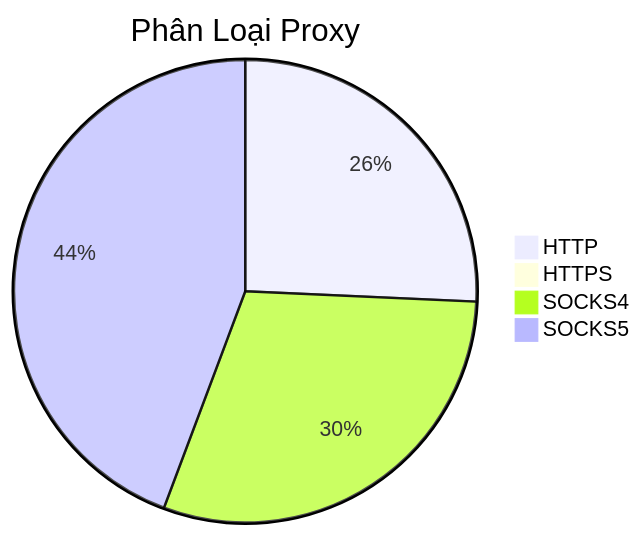
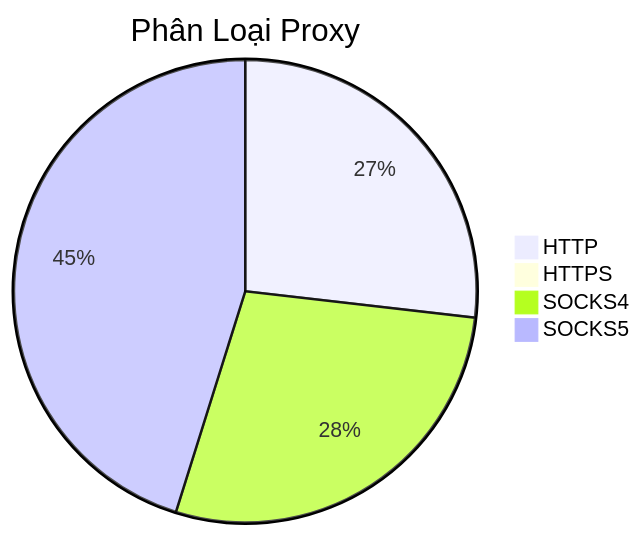
The diagram in README.md (Ciara-Aa/PROXY-free), drawn with Mermaid before and after one commit. The commit also changed other lines of this file and 4 other files, not shown here.

````diff
--- a/README.md
+++ b/README.md
@@ -26,7 +26,7 @@
 ```mermaid
 pie title Phân Loại Proxy
     "HTTP" : 180
-    "HTTPS" : 3
-    "SOCKS4" : 210
-    "SOCKS5" : 310
+    "HTTPS" : 1
+    "SOCKS4" : 188
+    "SOCKS5" : 303
 ```
````
